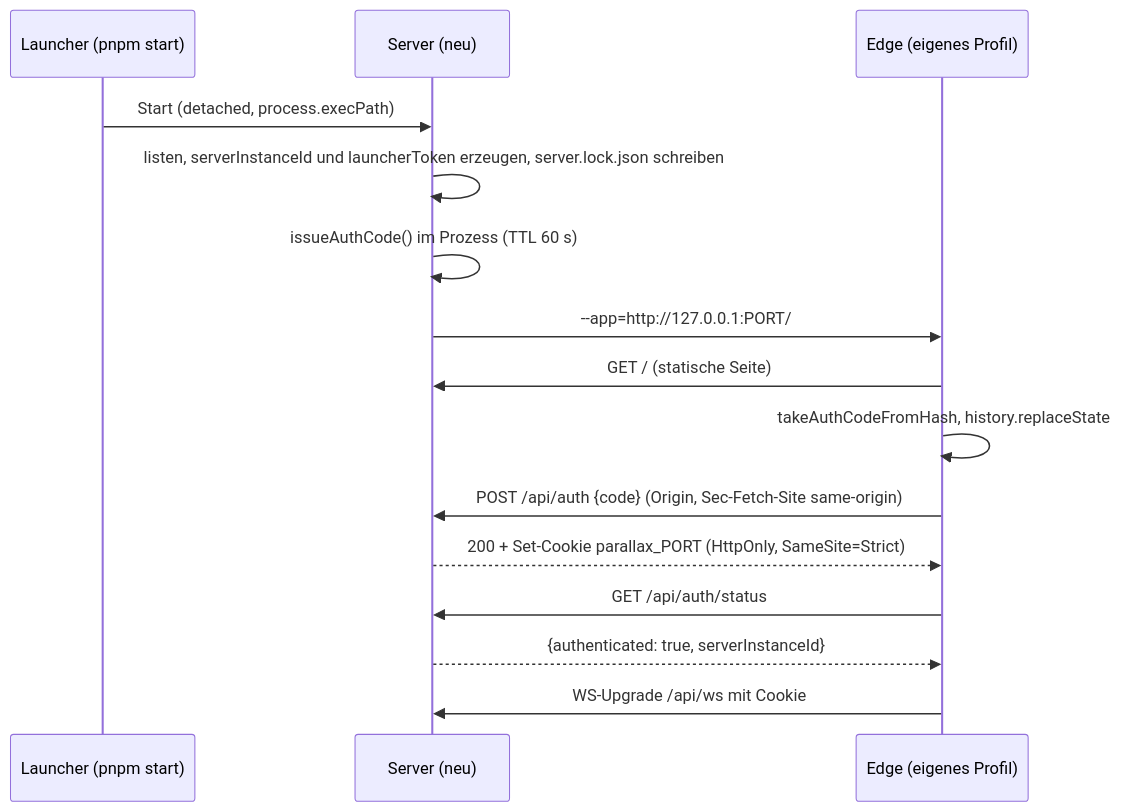
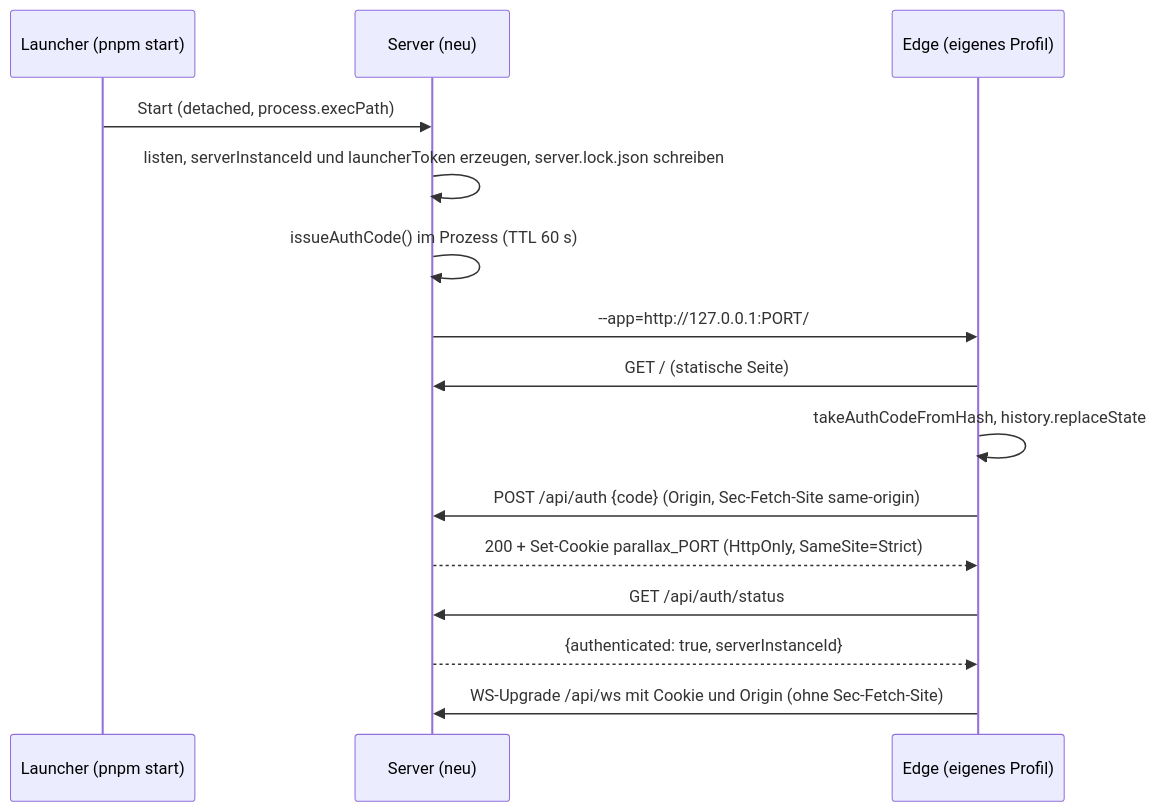
Before and after one commit to DerXHelp/parallax: the ninth of 10 diagrams in docs/architecture.md, drawn with Mermaid. The commit also changed other lines of this file and 85 other files, not shown here.

````diff
--- a/docs/architecture.md
+++ b/docs/architecture.md
@@ -526,17 +570,17 @@
 ```mermaid
 sequenceDiagram
   participant L as Launcher (pnpm start)
   participant S as Server (neu)
   participant E as Edge (eigenes Profil)
   L->>S: Start (detached, process.execPath)
   S->>S: listen, serverInstanceId und launcherToken erzeugen, server.lock.json schreiben
   S->>S: issueAuthCode() im Prozess (TTL 60 s)
   S->>E: --app=http://127.0.0.1:PORT/#code=CODE
   E->>S: GET / (statische Seite)
   E->>E: takeAuthCodeFromHash, history.replaceState
   E->>S: POST /api/auth {code} (Origin, Sec-Fetch-Site same-origin)
   S-->>E: 200 + Set-Cookie parallax_PORT (HttpOnly, SameSite=Strict)
   E->>S: GET /api/auth/status
   S-->>E: {authenticated: true, serverInstanceId}
-  E->>S: WS-Upgrade /api/ws mit Cookie
+  E->>S: WS-Upgrade /api/ws mit Cookie und Origin (ohne Sec-Fetch-Site)
 ```
````
